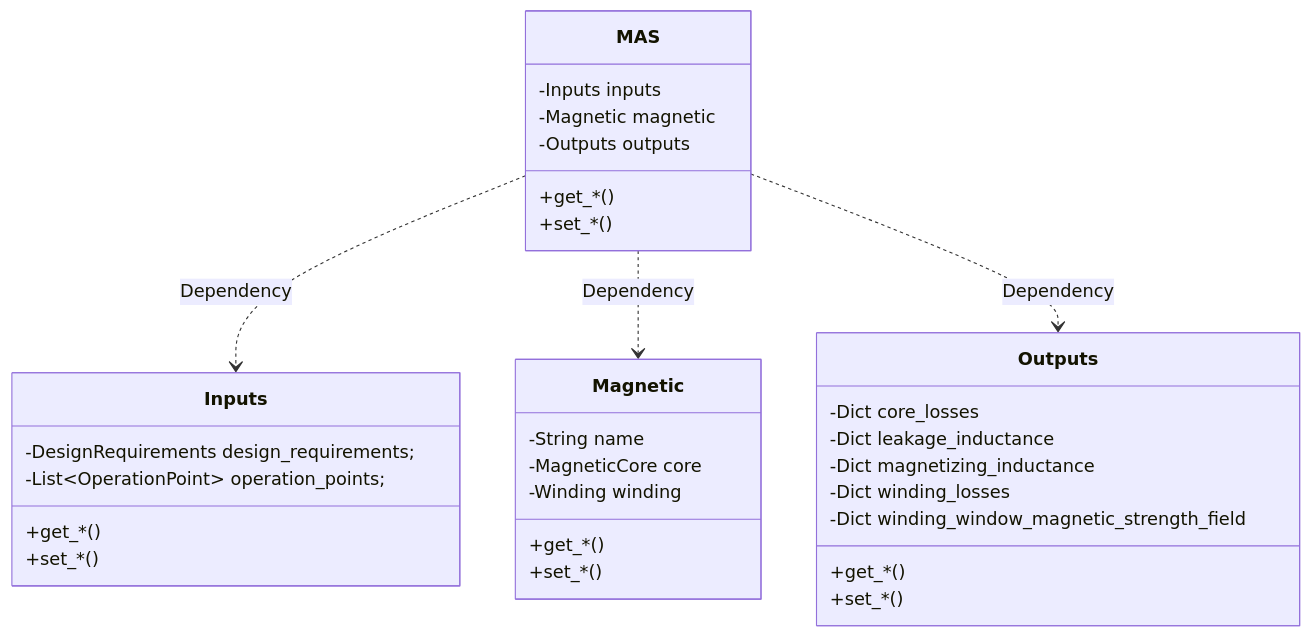
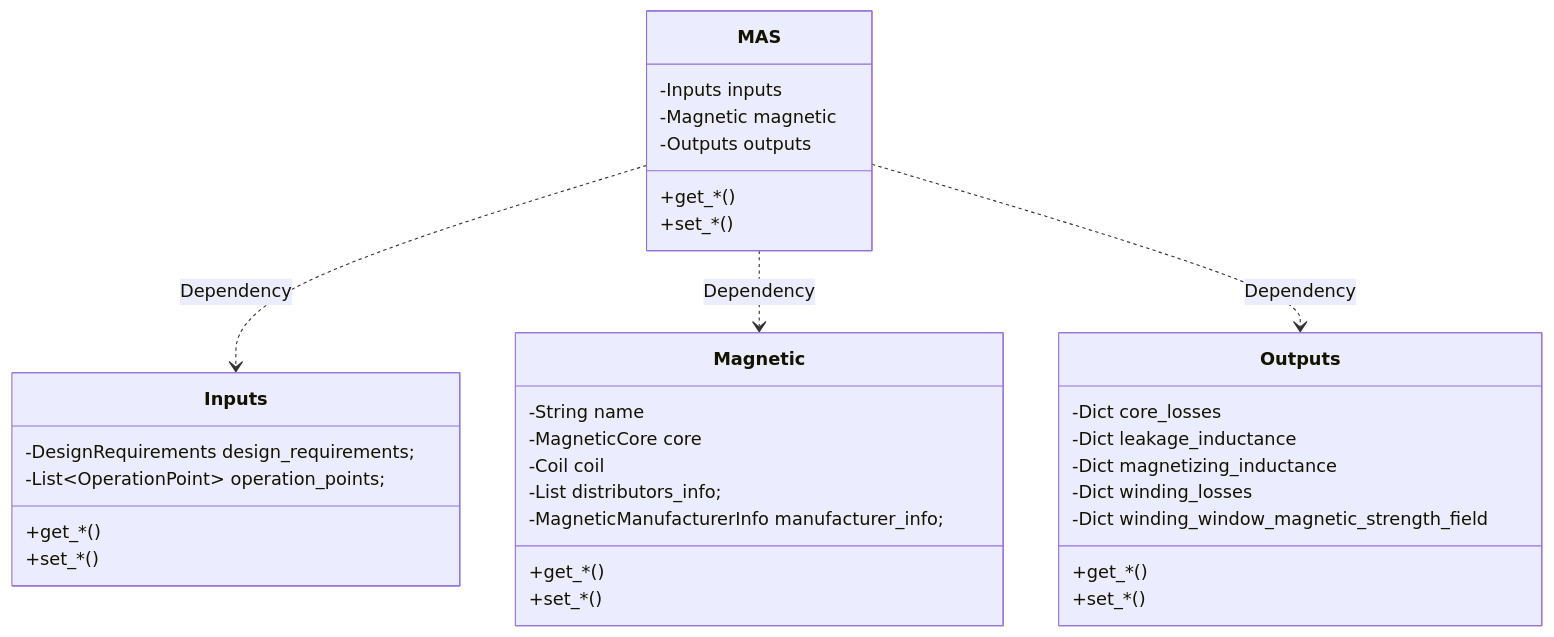
Before and after one commit to OpenMagnetics/MAS: the diagram in README.md, drawn with Mermaid.

````diff
--- a/README.md
+++ b/README.md
@@ -31,47 +31,49 @@
 ```mermaid
 classDiagram
 
 class MAS {
     
     -Inputs inputs
     -Magnetic magnetic
     -Outputs outputs
 
     +get_*()
     +set_*()   
 }
 MAS ..> Inputs : Dependency
 MAS ..> Magnetic : Dependency
 MAS ..> Outputs : Dependency
 
 class Inputs {
     
     -DesignRequirements design_requirements;
     -List~OperationPoint~ operation_points;
 
     +get_*()
     +set_*()    
 }
 
 class Magnetic {
     
     -String name
     -MagneticCore core
-    -Winding winding
+    -Coil coil
+    -List<DistributorInfo> distributors_info;
+    -MagneticManufacturerInfo manufacturer_info;
 
     +get_*()
     +set_*()
 }
 
 class Outputs {
     -Dict core_losses
     -Dict leakage_inductance
     -Dict magnetizing_inductance
     -Dict winding_losses
     -Dict winding_window_magnetic_strength_field
 
     +get_*()
     +set_*()
 }
 
 ```
````
